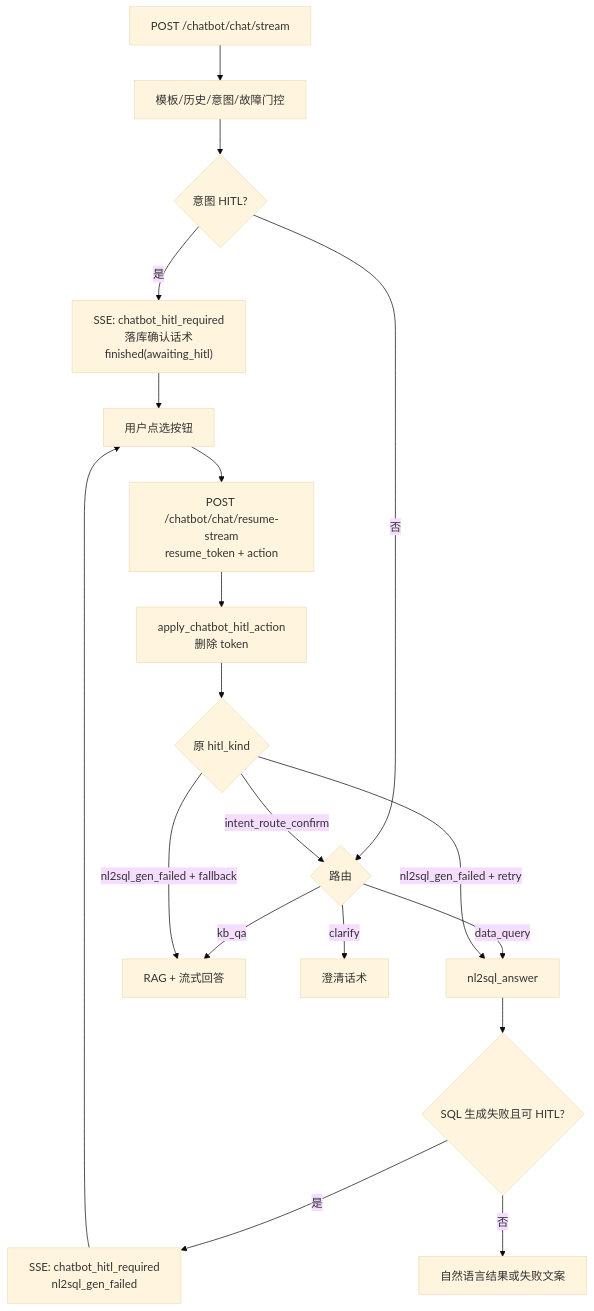
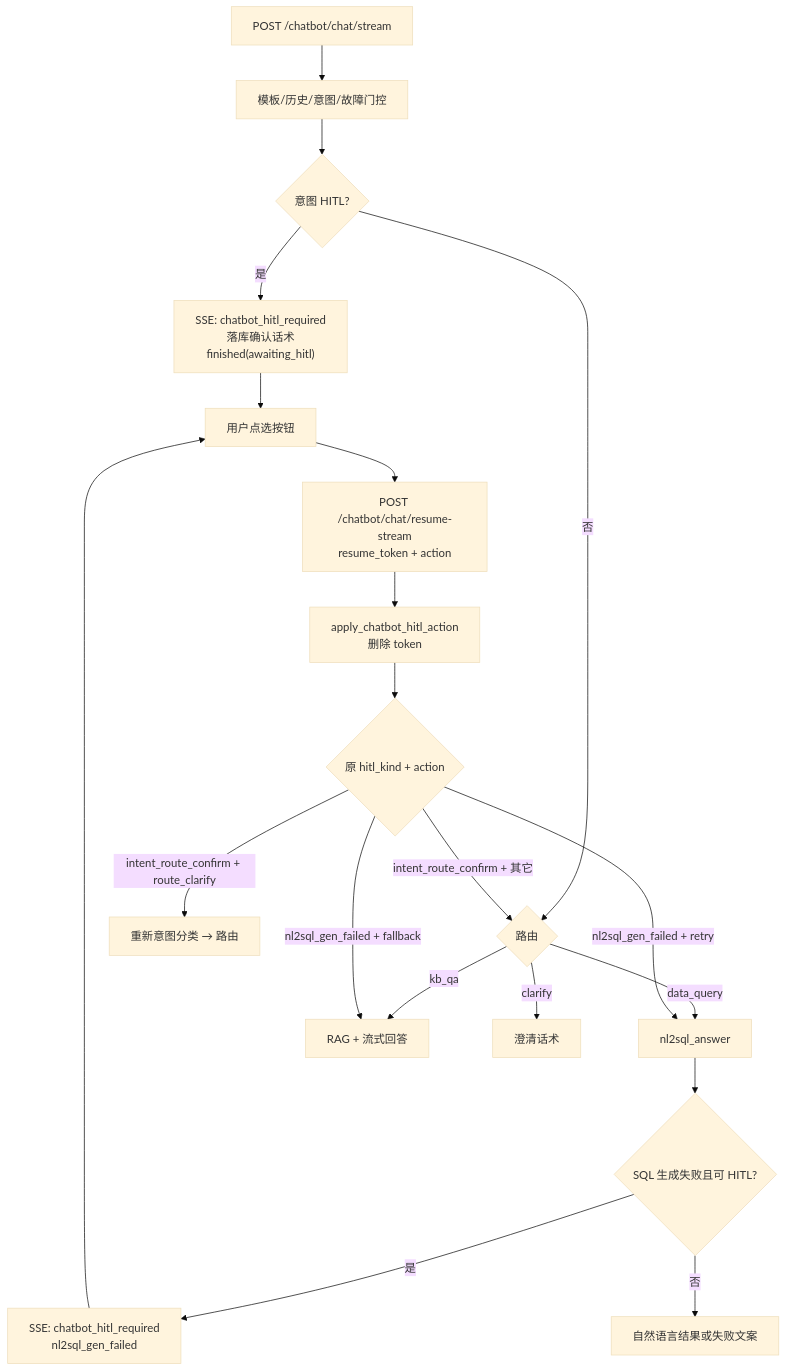
Before and after one commit to gaocf888/models_app_framework: the second of 2 diagrams in framework-guide/智能客服整体实现技术说明.md, drawn with Mermaid (base theme). The commit also changed other lines of this file and 8 other files, not shown here.

````diff
--- a/framework-guide/智能客服整体实现技术说明.md
+++ b/framework-guide/智能客服整体实现技术说明.md
@@ -348,21 +348,22 @@
 ```mermaid
 flowchart TD
     A["POST /chatbot/chat/stream"] --> B["模板/历史/意图/故障门控"]
     B --> C{"意图 HITL?"}
     C -->|是| D["SSE: chatbot_hitl_required\n落库确认话术\nfinished(awaiting_hitl)"]
     C -->|否| E{"路由"}
     E -->|data_query| F["nl2sql_answer"]
     E -->|kb_qa| G["RAG + 流式回答"]
     E -->|clarify| H["澄清话术"]
     F --> I{"SQL 生成失败且可 HITL?"}
     I -->|是| J["SSE: chatbot_hitl_required\nnl2sql_gen_failed"]
     I -->|否| K["自然语言结果或失败文案"]
     D --> L["用户点选按钮"]
     J --> L
     L --> M["POST /chatbot/chat/resume-stream\nresume_token + action"]
     M --> N["apply_chatbot_hitl_action\n删除 token"]
-    N --> O{"原 hitl_kind"}
-    O -->|intent_route_confirm| E
+    N --> O{"原 hitl_kind + action"}
+    O -->|intent_route_confirm + route_clarify| B2["重新意图分类 → 路由"]
+    O -->|intent_route_confirm + 其它| E
     O -->|nl2sql_gen_failed + retry| F
     O -->|nl2sql_gen_failed + fallback| G
 ```
````
